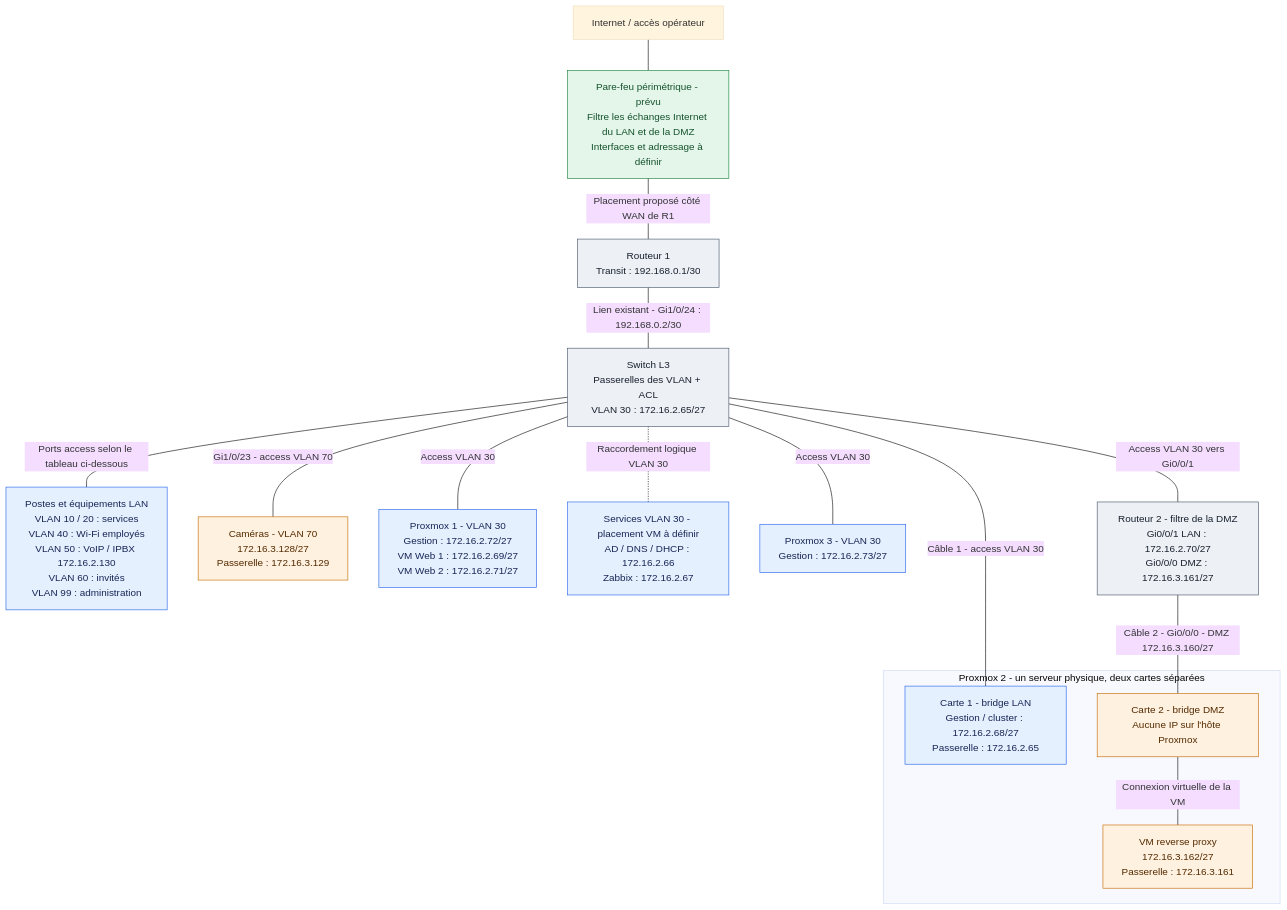
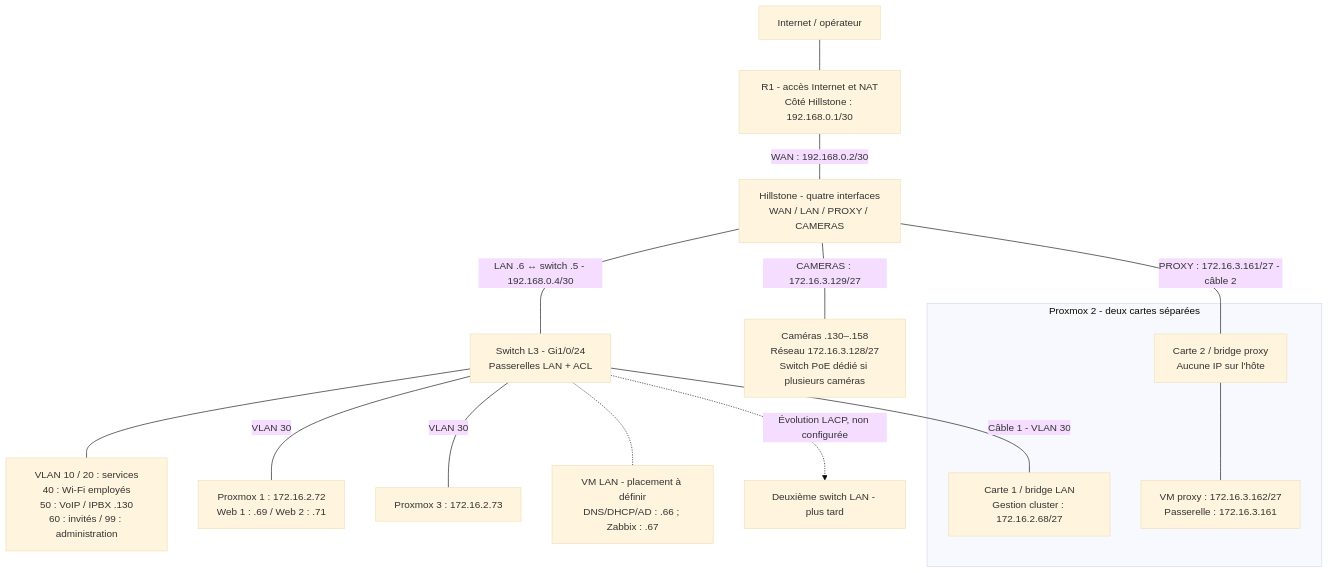
The diagram in Site-C/Infrastructure/docs/Dossier_reseau.md (Flo466/Projet-Fil-Rouge), drawn with Mermaid (base theme) before and after one commit. The commit also changed other lines of this file and 6 other files, not shown here.

````diff
--- a/Site-C/Infrastructure/docs/Dossier_reseau.md
+++ b/Site-C/Infrastructure/docs/Dossier_reseau.md
@@ -7,43 +7,19 @@
 ```mermaid
 flowchart TB
-    WAN["Internet / accès opérateur"]
-    FW["Pare-feu périmétrique - prévu<br/>Filtre les échanges Internet du LAN et de la DMZ<br/>Interfaces et adressage à définir"]
-    WAN --- FW
-    FW ---|"Placement proposé côté WAN de R1"| R1
-    R1["Routeur 1<br/>Transit : 192.168.0.1/30"]
-    SW["Switch L3<br/>Passerelles des VLAN + ACL<br/>VLAN 30 : 172.16.2.65/27"]
-    R1 ---|"Lien existant - Gi1/0/24 : 192.168.0.2/30"| SW
-
-    CLIENTS["Postes et équipements LAN<br/>VLAN 10 / 20 : services<br/>VLAN 40 : Wi-Fi employés<br/>VLAN 50 : VoIP / IPBX 172.16.2.130<br/>VLAN 60 : invités<br/>VLAN 99 : administration"]
-    CAM["Caméras - VLAN 70<br/>172.16.3.128/27<br/>Passerelle : 172.16.3.129"]
-    SW ---|"Ports access selon le tableau ci-dessous"| CLIENTS
-    SW ---|"Gi1/0/23 - access VLAN 70"| CAM
-
-    P1["Proxmox 1 - VLAN 30<br/>Gestion : 172.16.2.72/27<br/>VM Web 1 : 172.16.2.69/27<br/>VM Web 2 : 172.16.2.71/27"]
-    SVC["Services VLAN 30 - placement VM à définir<br/>AD / DNS / DHCP : 172.16.2.66<br/>Zabbix : 172.16.2.67"]
-    SW -.-|"Raccordement logique VLAN 30"| SVC
-    P3["Proxmox 3 - VLAN 30<br/>Gestion : 172.16.2.73/27"]
-
-    subgraph P2["Proxmox 2 - un serveur physique, deux cartes séparées"]
-        LAN2["Carte 1 - bridge LAN<br/>Gestion / cluster : 172.16.2.68/27<br/>Passerelle : 172.16.2.65"]
-        DMZ2["Carte 2 - bridge DMZ<br/>Aucune IP sur l'hôte Proxmox"]
-        PROXY["VM reverse proxy<br/>172.16.3.162/27<br/>Passerelle : 172.16.3.161"]
-        DMZ2 ---|"Connexion virtuelle de la VM"| PROXY
+    NET["Internet / opérateur"] --- R1["R1 - accès Internet et NAT<br/>Côté Hillstone : 192.168.0.1/30"]
+    R1 ---|"WAN : 192.168.0.2/30"| FW["Hillstone - quatre interfaces<br/>WAN / LAN / PROXY / CAMERAS"]
+    FW ---|"LAN .6 ↔ switch .5 - 192.168.0.4/30"| SW["Switch L3 - Gi1/0/24<br/>Passerelles LAN + ACL"]
+    FW ---|"CAMERAS : 172.16.3.129/27"| CAM["Caméras .130–.158<br/>Réseau 172.16.3.128/27<br/>Switch PoE dédié si plusieurs caméras"]
+    SW --- CLIENTS["VLAN 10 / 20 : services<br/>40 : Wi-Fi employés<br/>50 : VoIP / IPBX .130<br/>60 : invités / 99 : administration"]
+    SW ---|"VLAN 30"| P1["Proxmox 1 : 172.16.2.72<br/>Web 1 : .69 / Web 2 : .71"]
+    SW ---|"VLAN 30"| P3["Proxmox 3 : 172.16.2.73"]
+    SW -.- SVC["VM LAN - placement à définir<br/>DNS/DHCP/AD : .66 ; Zabbix : .67"]
+    subgraph P2["Proxmox 2 - deux cartes séparées"]
+        LAN2["Carte 1 / bridge LAN<br/>Gestion cluster : 172.16.2.68/27"]
+        DMZ2["Carte 2 / bridge proxy<br/>Aucune IP sur l'hôte"]
+        DMZ2 --- PROXY["VM proxy : 172.16.3.162/27<br/>Passerelle : 172.16.3.161"]
     end
-
-    R2["Routeur 2 - filtre de la DMZ<br/>Gi0/0/1 LAN : 172.16.2.70/27<br/>Gi0/0/0 DMZ : 172.16.3.161/27"]
-    SW ---|"Access VLAN 30"| P1
-    SW ---|"Câble 1 - access VLAN 30"| LAN2
-    SW ---|"Access VLAN 30"| P3
-    SW ---|"Access VLAN 30 vers Gi0/0/1"| R2
-    R2 ---|"Câble 2 - Gi0/0/0 - DMZ 172.16.3.160/27"| DMZ2
-
-    classDef lan fill:#e5f0ff,stroke:#2563eb,color:#172554
-    classDef dmz fill:#fff1df,stroke:#c76a00,color:#542a00
-    classDef router fill:#edf0f4,stroke:#475569,color:#17202e
-    class P1,P3,LAN2,CLIENTS,SVC lan
-    class CAM,DMZ2,PROXY dmz
-    class SW,R1,R2 router
-    classDef firewall fill:#e4f5e9,stroke:#15803d,color:#14532d
-    class FW firewall
+    SW ---|"Câble 1 - VLAN 30"| LAN2
+    FW ---|"PROXY : 172.16.3.161/27 - câble 2"| DMZ2
+    SW -.->|"Évolution LACP, non configurée"| SW2["Deuxième switch LAN - plus tard"]
 ```
````
